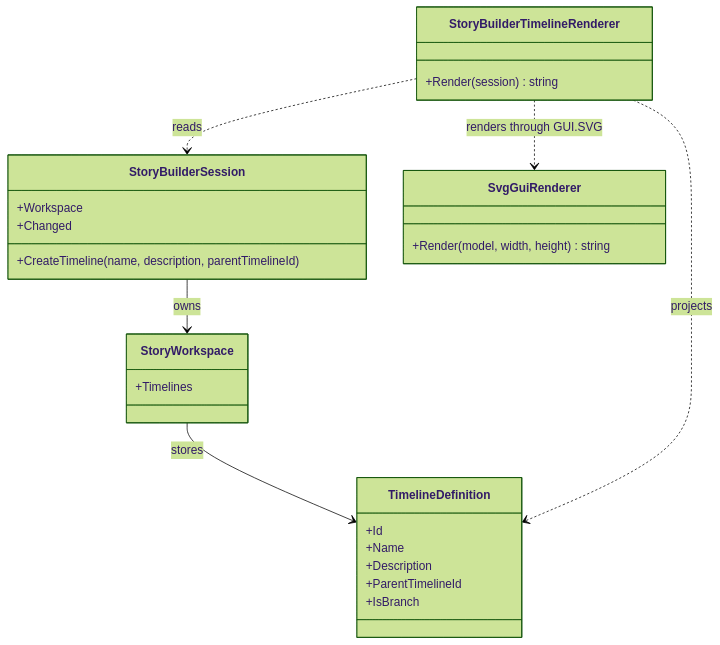
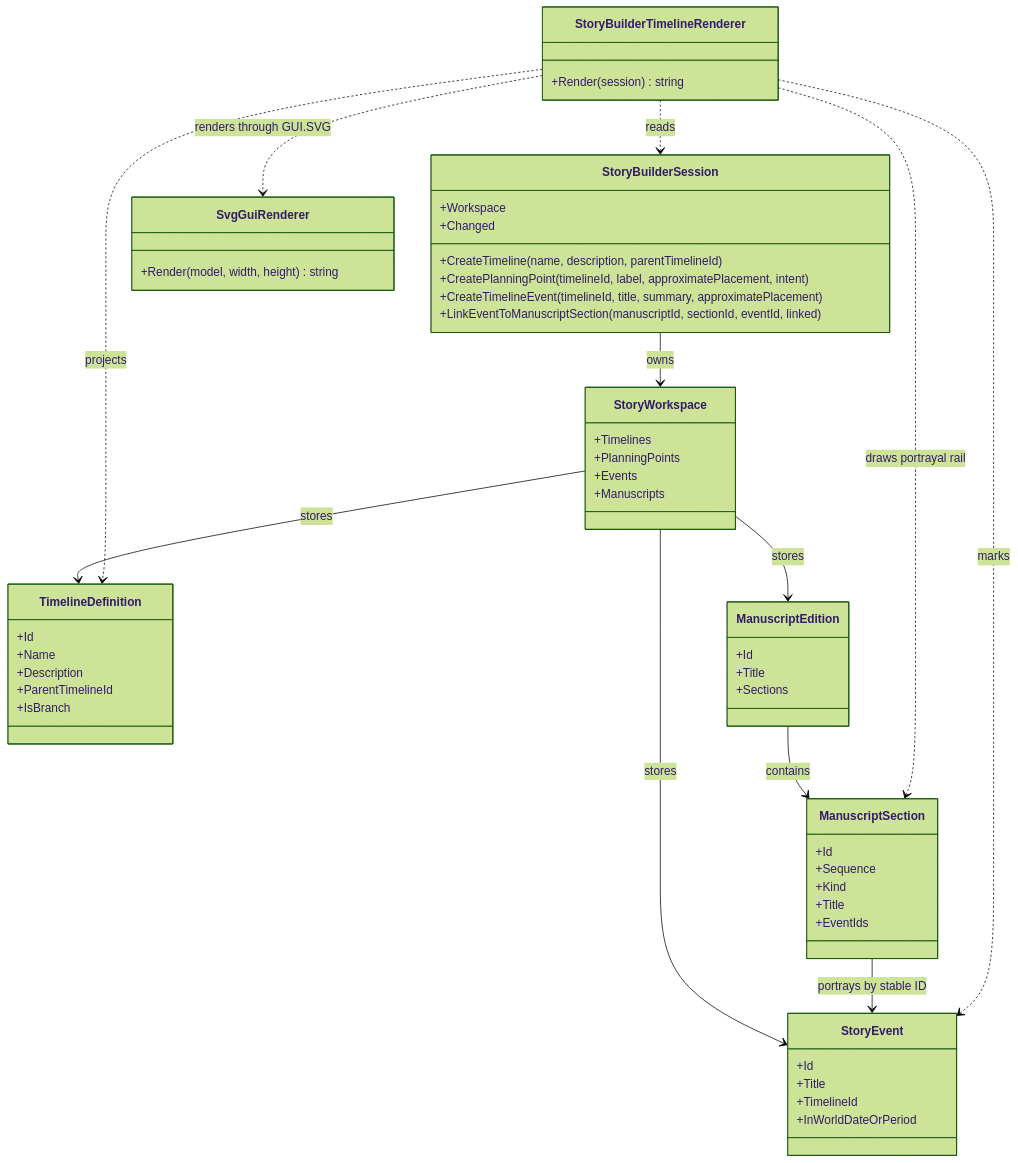
Before and after one commit to TrentBest/StoryBuilder: the diagram in docs/UML/StoryBuilderTimelineRendererUML.md, drawn with Mermaid (forest theme). The commit also changed other lines of this file and 10 other files, not shown here.

Commit message:
Draw event-to-book links in the living timeline map

````diff
--- a/docs/UML/StoryBuilderTimelineRendererUML.md
+++ b/docs/UML/StoryBuilderTimelineRendererUML.md
@@ -5,29 +5,59 @@
 ```mermaid
 classDiagram
     class StoryBuilderSession {
         +Workspace
         +CreateTimeline(name, description, parentTimelineId)
+        +CreatePlanningPoint(timelineId, label, approximatePlacement, intent)
+        +CreateTimelineEvent(timelineId, title, summary, approximatePlacement)
+        +LinkEventToManuscriptSection(manuscriptId, sectionId, eventId, linked)
         +Changed
     }
     class StoryWorkspace {
         +Timelines
+        +PlanningPoints
+        +Events
+        +Manuscripts
     }
     class TimelineDefinition {
         +Id
         +Name
         +Description
         +ParentTimelineId
         +IsBranch
+    }
+    class StoryEvent {
+        +Id
+        +Title
+        +TimelineId
+        +InWorldDateOrPeriod
+    }
+    class ManuscriptEdition {
+        +Id
+        +Title
+        +Sections
+    }
+    class ManuscriptSection {
+        +Id
+        +Sequence
+        +Kind
+        +Title
+        +EventIds
     }
     class StoryBuilderTimelineRenderer {
         +Render(session) string
     }
     class SvgGuiRenderer {
         +Render(model, width, height) string
     }
     StoryBuilderSession --> StoryWorkspace : owns
     StoryWorkspace --> TimelineDefinition : stores
+    StoryWorkspace --> StoryEvent : stores
+    StoryWorkspace --> ManuscriptEdition : stores
+    ManuscriptEdition --> ManuscriptSection : contains
+    ManuscriptSection --> StoryEvent : portrays by stable ID
     StoryBuilderTimelineRenderer ..> StoryBuilderSession : reads
     StoryBuilderTimelineRenderer ..> SvgGuiRenderer : renders through GUI.SVG
     StoryBuilderTimelineRenderer ..> TimelineDefinition : projects
+    StoryBuilderTimelineRenderer ..> StoryEvent : marks
+    StoryBuilderTimelineRenderer ..> ManuscriptSection : draws portrayal rail
 ```
````
